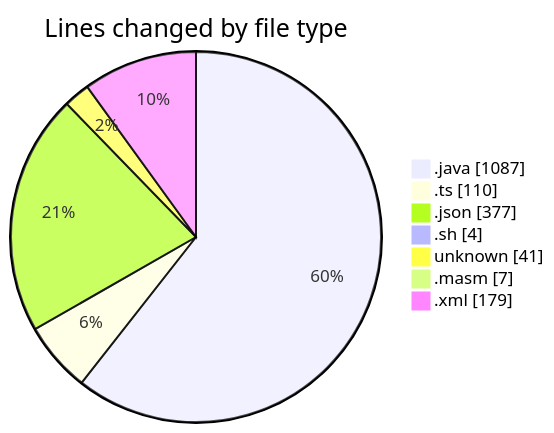
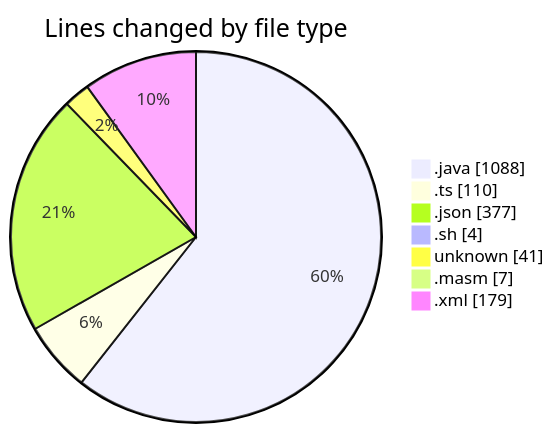
The first of 2 diagrams in 2025-02-20/micros/README.md (charlie-sans/code-tracking), drawn with Mermaid before and after one commit. The commit also changed other lines of this file and 1 other file, not shown here.

````diff
--- a/2025-02-20/micros/README.md
+++ b/2025-02-20/micros/README.md
@@ -34,11 +34,11 @@
 ```mermaid
 pie showData
 title Lines changed by file type
-".java" : 1087
+".java" : 1088
 ".ts" : 110
 ".json" : 377
 ".sh" : 4
 "unknown" : 41
 ".masm" : 7
 ".xml" : 179
 ```
````
